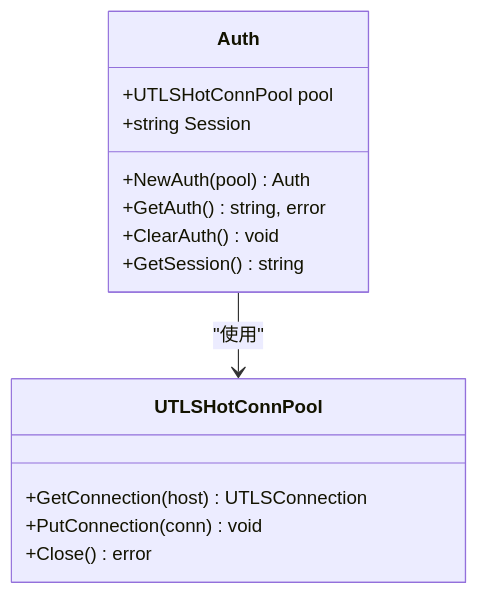
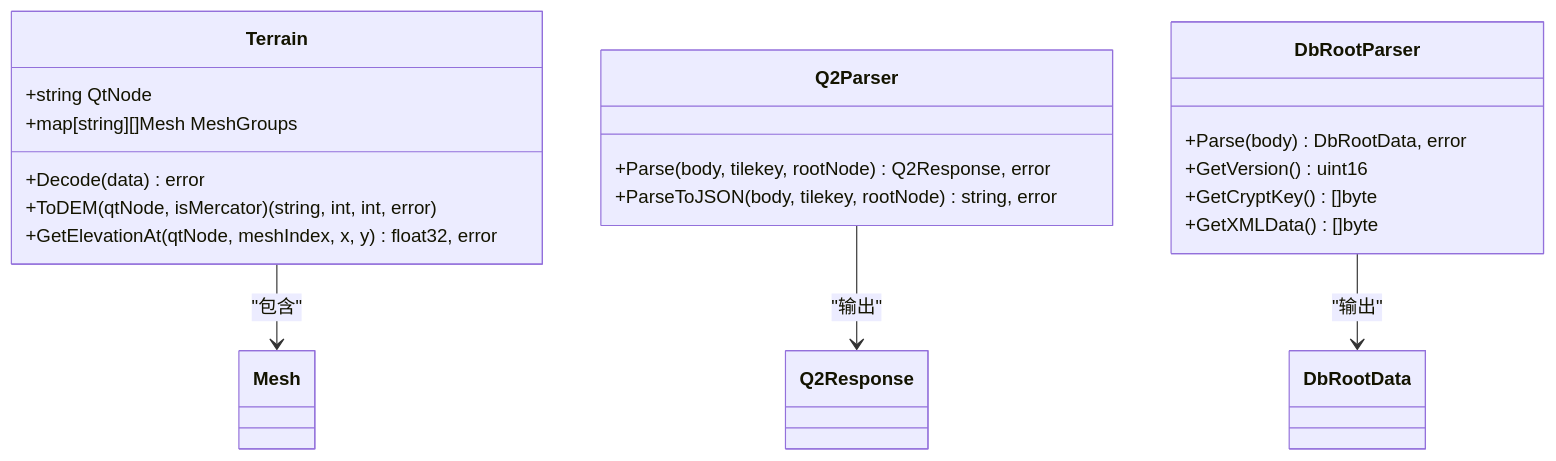
One commit to vistone/crawler-platform changed the second of 16 diagrams in .qoder/repowiki/zh/content/核心功能/Google Earth 认证.md. Above: the diagram before and after it, drawn with Mermaid. The commit also changed other lines of this file and 40 other files, not shown here.

````diff
--- a/.qoder/repowiki/zh/content/核心功能/Google Earth 认证.md
+++ b/.qoder/repowiki/zh/content/核心功能/Google Earth 认证.md
@@ -80,17 +97,23 @@
 ```mermaid
 classDiagram
-class Auth {
-+UTLSHotConnPool pool
-+string Session
-+NewAuth(pool) Auth
-+GetAuth() string, error
-+ClearAuth() void
-+GetSession() string
+class Terrain {
++string QtNode
++map[string][]Mesh MeshGroups
++Decode(data) error
++ToDEM(qtNode, isMercator) (string, int, int, error)
++GetElevationAt(qtNode, meshIndex, x, y) float32, error
 }
-class UTLSHotConnPool {
-+GetConnection(host) UTLSConnection
-+PutConnection(conn) void
-+Close() error
+class Q2Parser {
++Parse(body, tilekey, rootNode) Q2Response, error
++ParseToJSON(body, tilekey, rootNode) string, error
 }
-Auth --> UTLSHotConnPool : "使用"
+class DbRootParser {
++Parse(body) DbRootData, error
++GetVersion() uint16
++GetCryptKey() []byte
++GetXMLData() []byte
+}
+Terrain --> Mesh : "包含"
+Q2Parser --> Q2Response : "输出"
+DbRootParser --> DbRootData : "输出"
 ```
````
